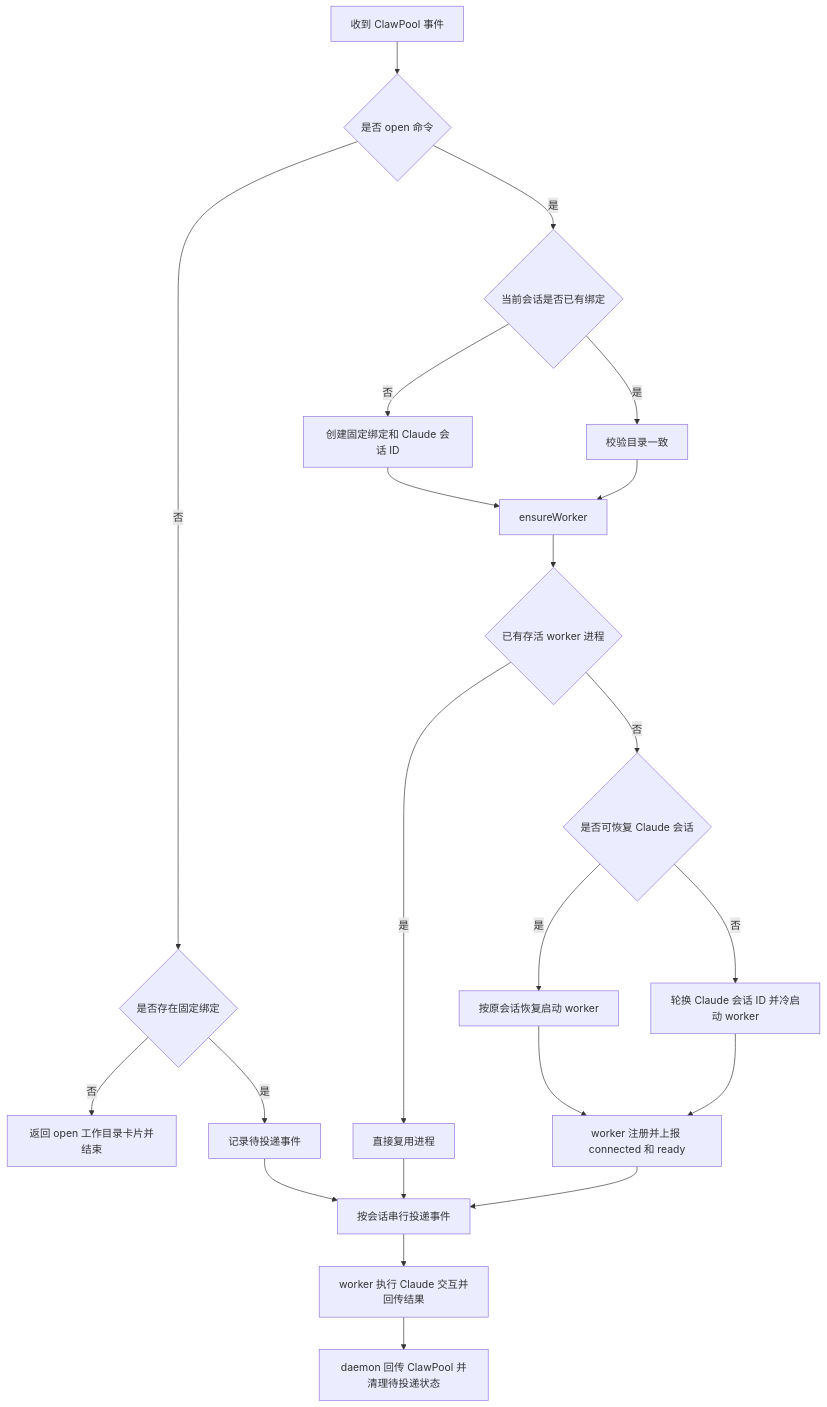
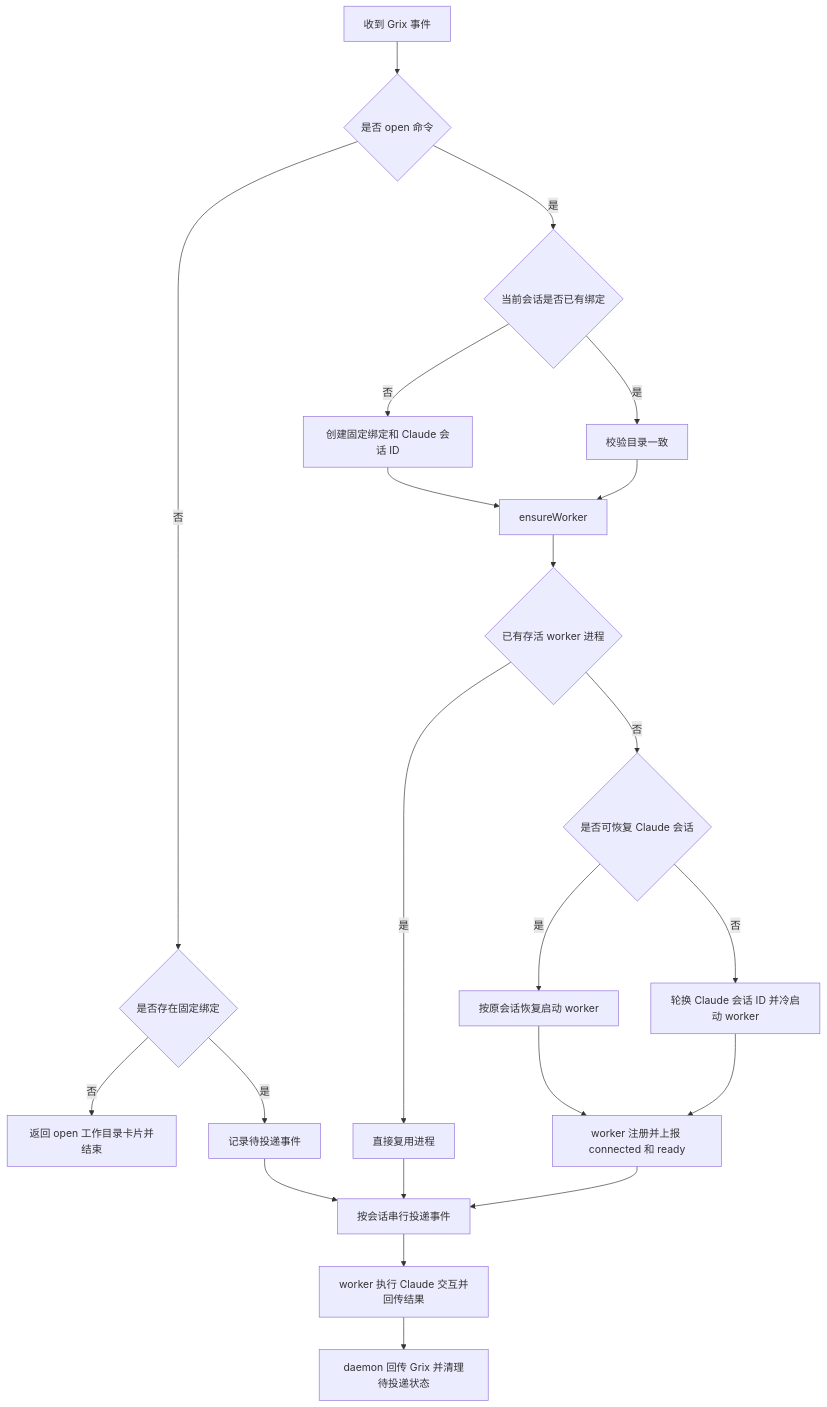
One commit to askie/clawpool-claude changed the second of 4 diagrams in ARCHITECTURE.md. Above: the diagram before and after it, drawn with Mermaid. The commit also changed other lines of this file and 87 other files, not shown here.

Commit message:
Rename ClawPool Claude plugin brand to Grix

````diff
--- a/ARCHITECTURE.md
+++ b/ARCHITECTURE.md
@@ -52,30 +52,30 @@
 ```mermaid
 flowchart TD
-  A["收到 ClawPool 事件"] --> B{"是否 open <cwd> 命令"}
+  A["收到 Grix 事件"] --> B{"是否 open <cwd> 命令"}
 
   B -- "是" --> C{"当前会话是否已有绑定"}
   C -- "否" --> D["创建固定绑定和 Claude 会话 ID"]
   C -- "是" --> E["校验目录一致"]
   D --> F["ensureWorker"]
   E --> F
 
   B -- "否" --> G{"是否存在固定绑定"}
   G -- "否" --> H["返回 open 工作目录卡片并结束"]
   G -- "是" --> I["记录待投递事件"]
 
   F --> J{"已有存活 worker 进程"}
   J -- "是" --> K["直接复用进程"]
   J -- "否" --> L{"是否可恢复 Claude 会话"}
   L -- "是" --> M["按原会话恢复启动 worker"]
   L -- "否" --> N["轮换 Claude 会话 ID 并冷启动 worker"]
 
   M --> O["worker 注册并上报 connected 和 ready"]
   N --> O
 
   I --> P["按会话串行投递事件"]
   K --> P
   O --> P
 
   P --> Q["worker 执行 Claude 交互并回传结果"]
-  Q --> R["daemon 回传 ClawPool 并清理待投递状态"]
+  Q --> R["daemon 回传 Grix 并清理待投递状态"]
 ```
````
